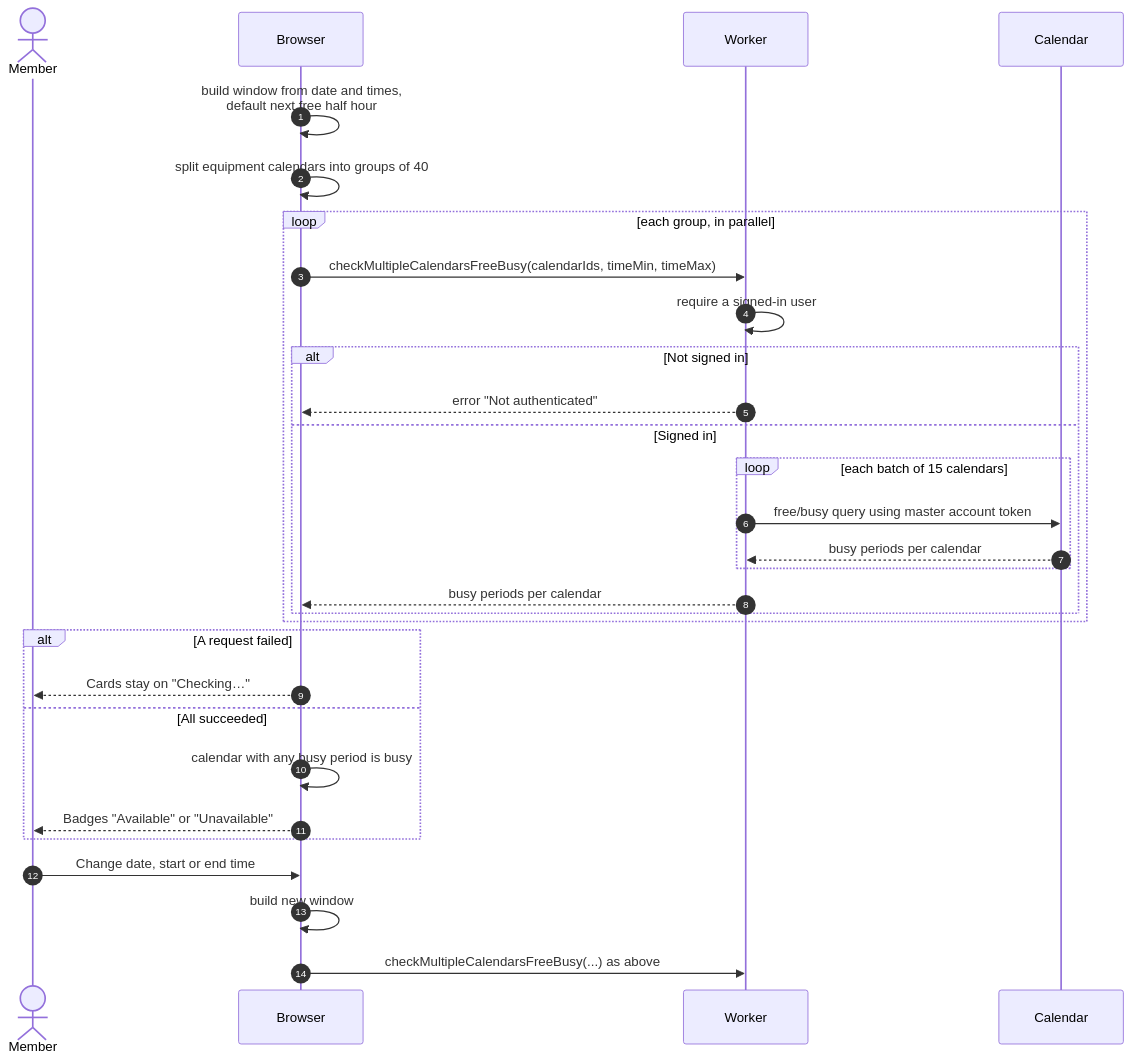
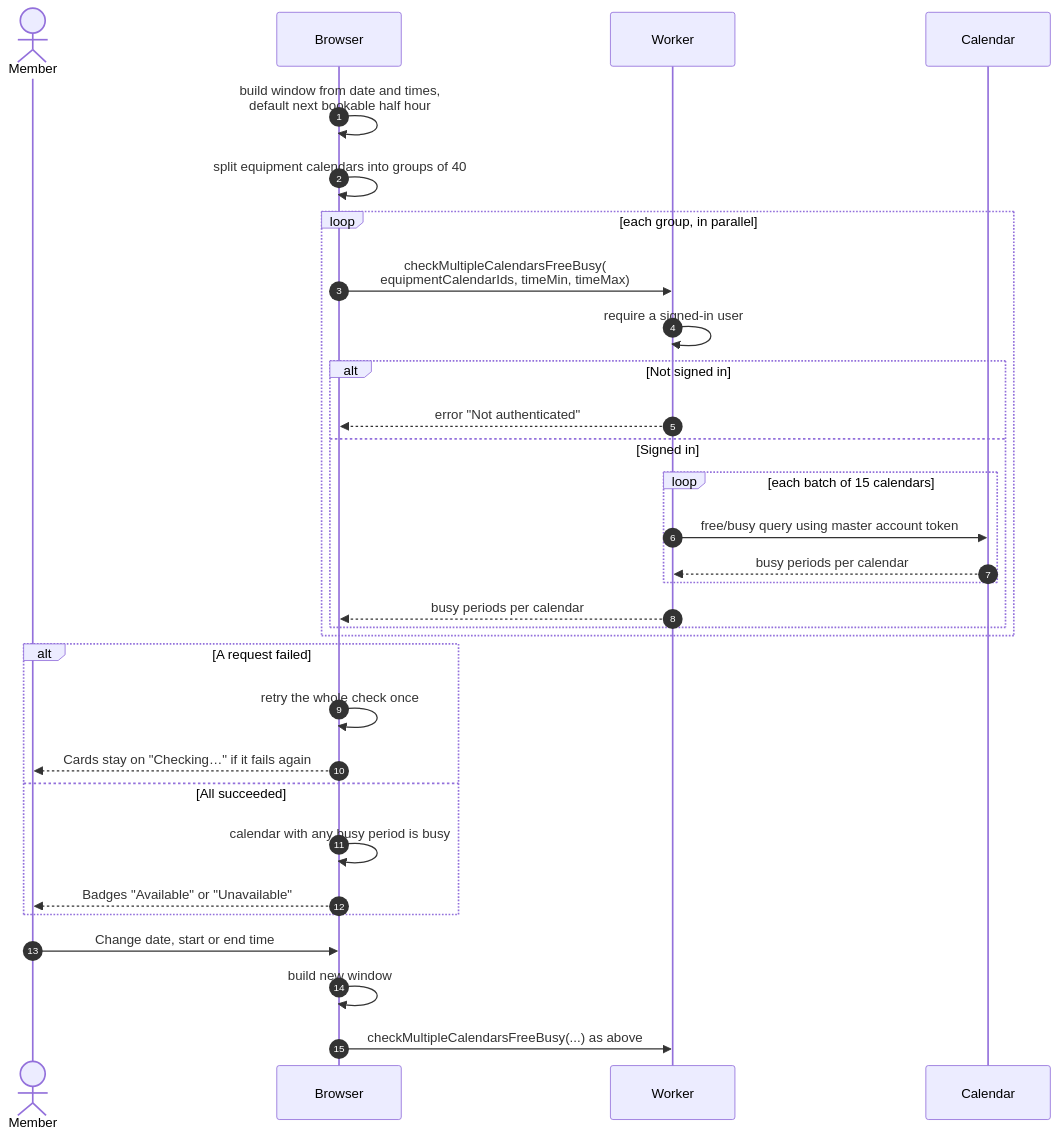
Before and after one commit to sagyzdop/meriksirat: the diagram in docs/scenarios/equipment/check-availability.md, drawn with Mermaid. The commit also changed other lines of this file and 10 other files, not shown here.

Commit message:
docs(scenarios): verify equipment diagrams against the code

````diff
--- a/docs/scenarios/equipment/check-availability.md
+++ b/docs/scenarios/equipment/check-availability.md
@@ -29,32 +38,33 @@
 ```mermaid
 sequenceDiagram
     autonumber
     actor M as Member
     participant B as Browser
     participant W as Worker
     participant C as Calendar
-    B->>B: build window from date and times,<br/>default next free half hour
+    B->>B: build window from date and times,<br/>default next bookable half hour
     B->>B: split equipment calendars into groups of 40
     loop each group, in parallel
-        B->>W: checkMultipleCalendarsFreeBusy(calendarIds, timeMin, timeMax)
+        B->>W: checkMultipleCalendarsFreeBusy(<br/>equipmentCalendarIds, timeMin, timeMax)
         W->>W: require a signed-in user
         alt Not signed in
             W-->>B: error "Not authenticated"
         else Signed in
             loop each batch of 15 calendars
                 W->>C: free/busy query using master account token
                 C-->>W: busy periods per calendar
             end
             W-->>B: busy periods per calendar
         end
     end
     alt A request failed
-        B-->>M: Cards stay on "Checking…"
+        B->>B: retry the whole check once
+        B-->>M: Cards stay on "Checking…" if it fails again
     else All succeeded
         B->>B: calendar with any busy period is busy
         B-->>M: Badges "Available" or "Unavailable"
     end
     M->>B: Change date, start or end time
     B->>B: build new window
     B->>W: checkMultipleCalendarsFreeBusy(...) as above
 ```
````
